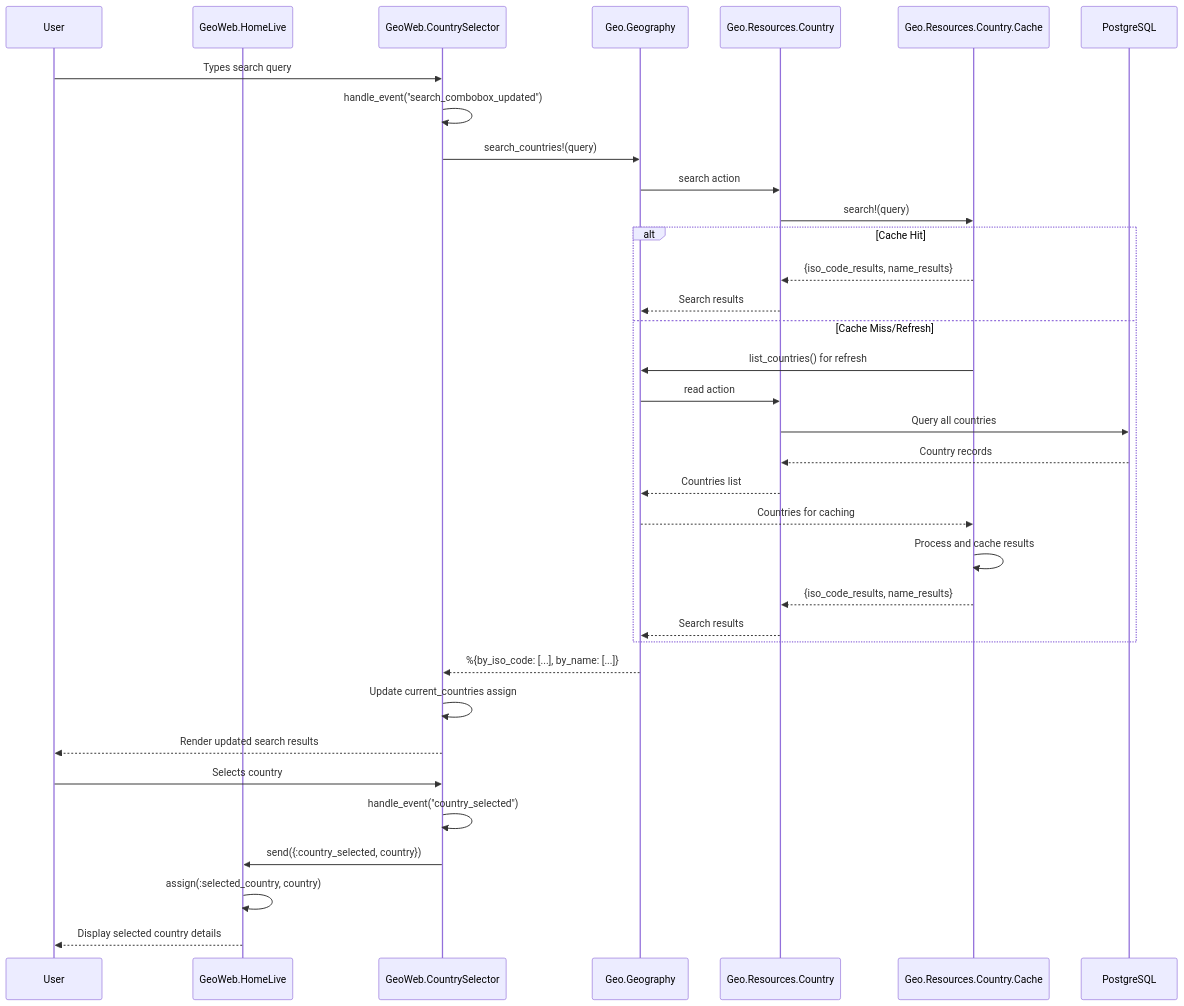
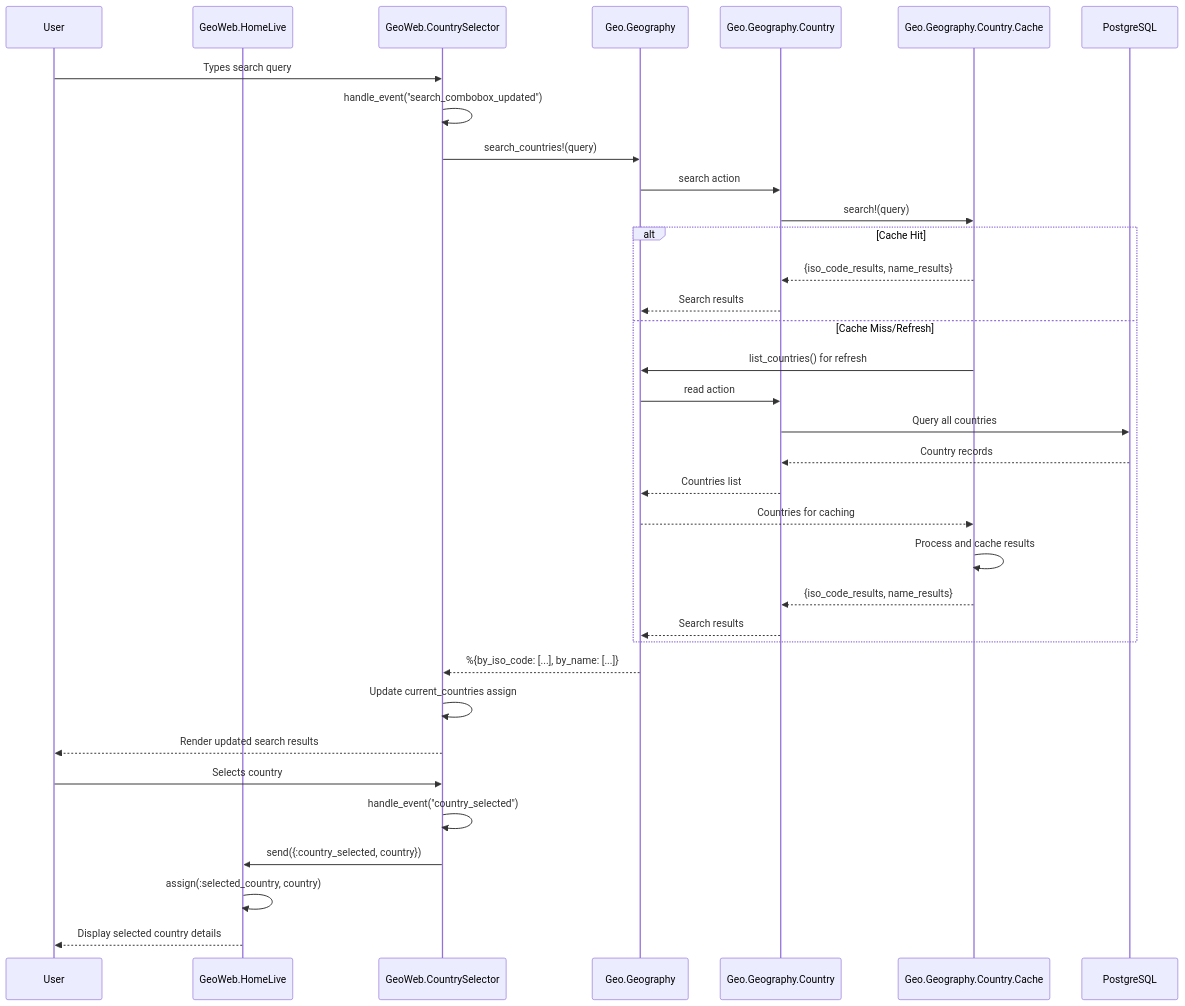
The second of 6 diagrams in README.md (dev-guy/geo), drawn with Mermaid before and after one commit. The commit also changed other lines of this file and 10 other files, not shown here.

````diff
--- a/README.md
+++ b/README.md
@@ -255,41 +255,41 @@
 ```mermaid
 sequenceDiagram
     participant User
     participant LiveView as GeoWeb.HomeLive
     participant Component as GeoWeb.CountrySelector
     participant Domain as Geo.Geography
-    participant Resource as Geo.Resources.Country
-    participant Cache as Geo.Resources.Country.Cache
+    participant Resource as Geo.Geography.Country
+    participant Cache as Geo.Geography.Country.Cache
     participant DB as PostgreSQL
 
     User->>Component: Types search query
     Component->>Component: handle_event("search_combobox_updated")
     Component->>Domain: search_countries!(query)
     Domain->>Resource: search action
     Resource->>Cache: search!(query)
     
     alt Cache Hit
         Cache-->>Resource: {iso_code_results, name_results}
         Resource-->>Domain: Search results
     else Cache Miss/Refresh
         Cache->>Domain: list_countries() for refresh
         Domain->>Resource: read action
         Resource->>DB: Query all countries
         DB-->>Resource: Country records
         Resource-->>Domain: Countries list
         Domain-->>Cache: Countries for caching
         Cache->>Cache: Process and cache results
         Cache-->>Resource: {iso_code_results, name_results}
         Resource-->>Domain: Search results
     end
     
     Domain-->>Component: %{by_iso_code: [...], by_name: [...]}
     Component->>Component: Update current_countries assign
     Component-->>User: Render updated search results
     
     User->>Component: Selects country
     Component->>Component: handle_event("country_selected")
     Component->>LiveView: send({:country_selected, country})
     LiveView->>LiveView: assign(:selected_country, country)
     LiveView-->>User: Display selected country details
 ```
````
